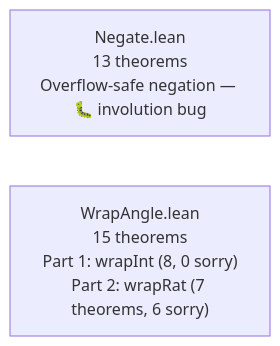
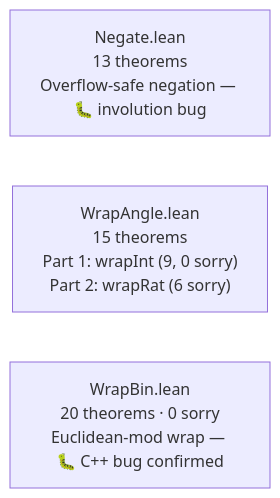
Before and after one commit to fsprojects/PX4-Autopilot: the sixth of 14 diagrams in formal-verification/REPORT.md, drawn with Mermaid. The commit also changed other lines of this file and 2 other files, not shown here.

First line of the commit message:
feat(formal-verification): Task 5+10 — WrapBin proofs (20 thms, bug confirmed) + REPORT.md update (run 61)

````diff
--- a/formal-verification/REPORT.md
+++ b/formal-verification/REPORT.md
@@ -161,5 +166,6 @@
 ```mermaid
 graph LR
     NE["Negate.lean<br/>13 theorems<br/>Overflow-safe negation — 🐛 involution bug"]
-    WA["WrapAngle.lean<br/>15 theorems<br/>Part 1: wrapInt (8, 0 sorry)<br/>Part 2: wrapRat (7 theorems, 6 sorry)"]
+    WA["WrapAngle.lean<br/>15 theorems<br/>Part 1: wrapInt (9, 0 sorry)<br/>Part 2: wrapRat (6 sorry)"]
+    WB["WrapBin.lean<br/>20 theorems · 0 sorry<br/>Euclidean-mod wrap — 🐛 C++ bug confirmed"]
 ```
````
